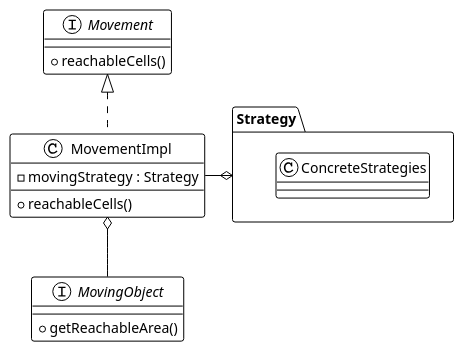
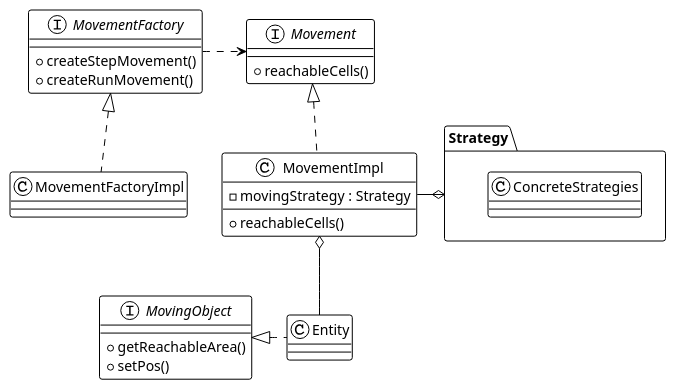
The diagram in plantuml/movement.plantuml (CrazyPingu/OOP21-MAP), drawn with PlantUML before and after one commit. The commit also changed 2 other files, not shown here.

Commit message:
updated artefact, lifeSystem, movement uml

```diff
--- a/plantuml/movement.plantuml
+++ b/plantuml/movement.plantuml
@@ -1,23 +1,33 @@
 @startuml Movement 
 !theme plain
+
+interface MovementFactory{ 
+    + createStepMovement()
+    + createRunMovement()
+}
+
 
 interface Movement{ 
     + reachableCells()
 }
 
 class MovementImpl {
     - movingStrategy : Strategy 
     + reachableCells()
 }
 
 interface MovingObject{ 
-   +getReachableArea()
+   + getReachableArea()
+   + setPos()
 }
 
 class Strategy.ConcreteStrategies
 class MovementImpl implements Movement 
+MovementImpl -R-o Strategy
+Entity -U-o MovementImpl
+Entity .L.|> MovingObject
+MovementFactory .R.> Movement
+class MovementFactoryImpl implements MovementFactory
 
-MovementImpl -R-o Strategy
-MovingObject -U-o MovementImpl
 
 @enduml
```
